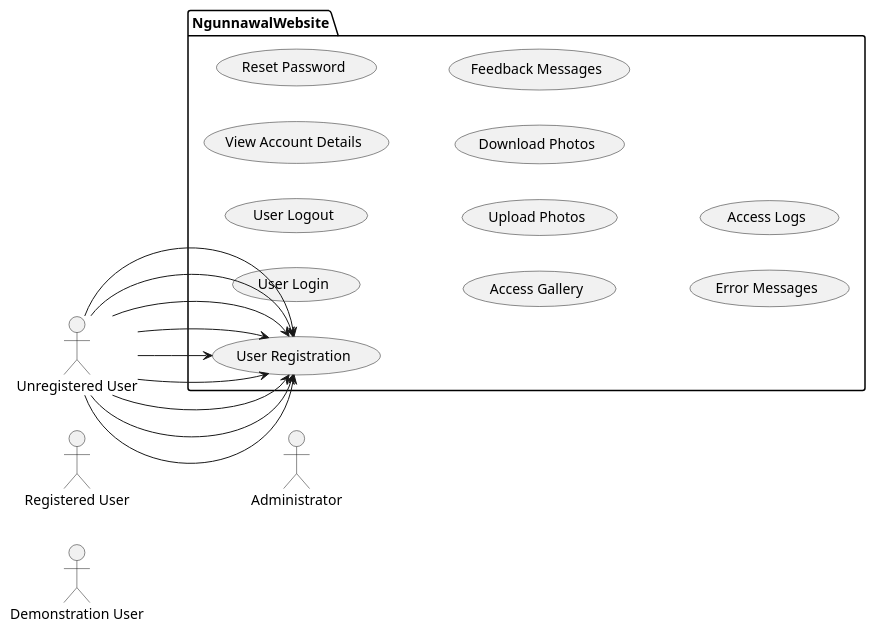
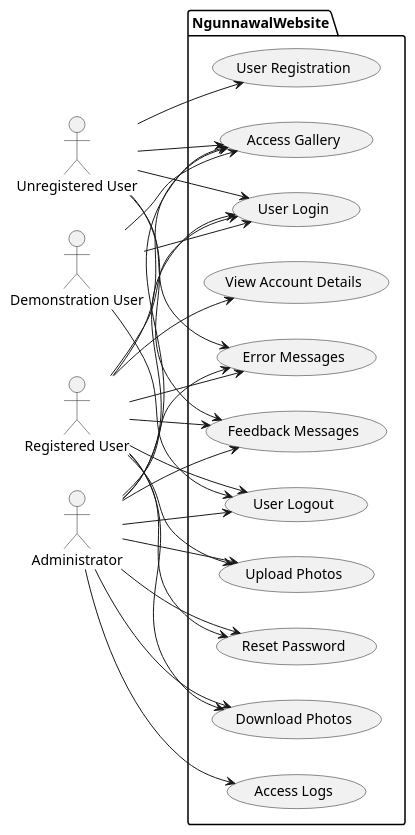
Before and after one commit to 4060269/NgunnawalCountryFlaskAssessment5-6-7: the diagram in usecases.puml, drawn with PlantUML.

```diff
--- a/usecases.puml
+++ b/usecases.puml
@@ -1,36 +1,60 @@
-@startuml NgunnawalWebsite
+@startuml
 left to right direction
+
+' creates a stick figure with a displayed title in
+' quotes and creates a 'code' name after the as
 actor "Unregistered User" as unregistered
 actor "Registered User" as registered
 actor "Demonstration User" as demo
 actor Administrator as admin
 
 ' a package is a way to group all of the use cases
 ' under the website name
 package NgunnawalWebsite {
     usecase "User Registration" as UC1
     usecase "User Login" as UC2
     usecase "User Logout" as UC3
     usecase "View Account Details" as UC4
     usecase "Reset Password" as UC5
     usecase "Access Gallery" as UC6
     usecase "Upload Photos" as UC7
     usecase "Download Photos" as UC8
     usecase "Feedback Messages" as UC9
     usecase "Error Messages" as UC10
     usecase "Access Logs" as UC11
 }
 
 ' this is directing actors to the use case with an arrow,
 ' using the 'code' names of each elements
 unregistered --> UC1
-unregistered --> UC1
-unregistered --> UC1
-unregistered --> UC1
-unregistered --> UC1
-unregistered --> UC1
-unregistered --> UC1
-unregistered --> UC1
-unregistered --> UC1
+unregistered --> UC2
+unregistered --> UC6
+unregistered --> UC9
+unregistered --> UC10
+
+registered --> UC2
+registered --> UC3
+registered --> UC4
+registered --> UC5
+registered --> UC6
+registered --> UC7
+registered --> UC8
+registered --> UC9
+registered --> UC10
+
+demo --> UC2
+demo --> UC3
+demo --> UC6
+
+admin --> UC2
+admin --> UC3
+admin --> UC5
+admin --> UC6
+admin --> UC7
+admin --> UC8
+admin --> UC9
+admin --> UC10
+admin --> UC11
+
 
 @enduml
```
